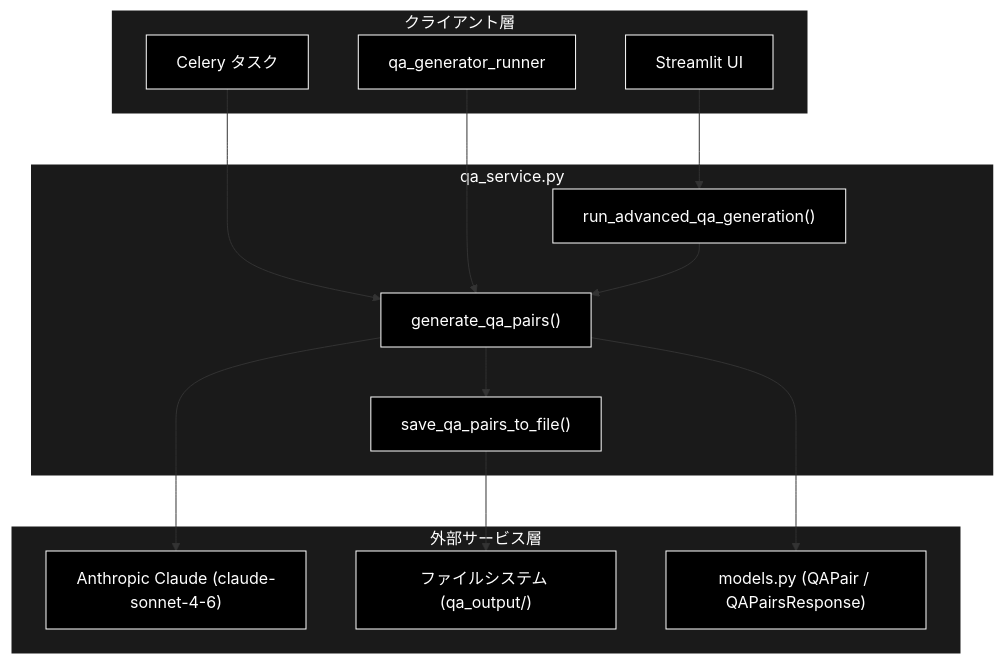
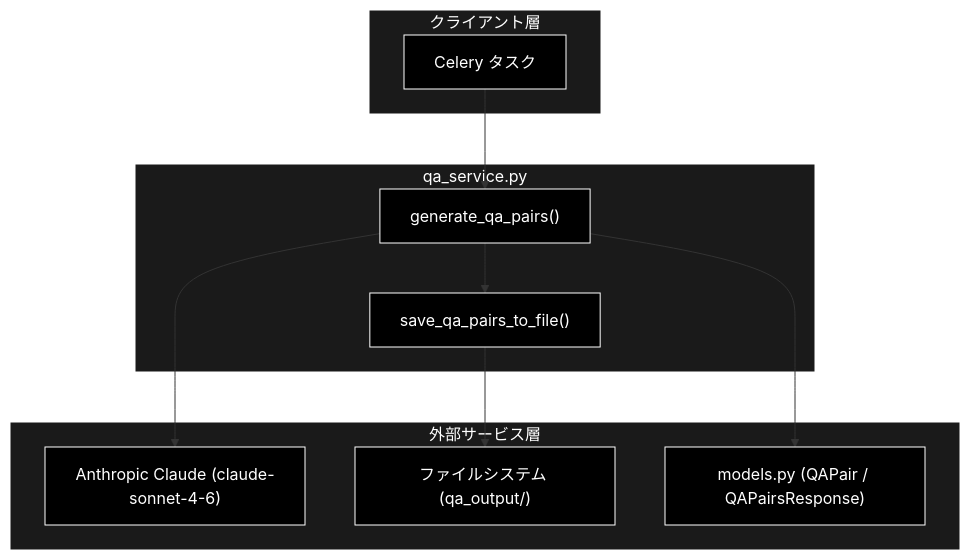
One commit to nakashima2toshio/grace_v2 changed the first of 3 diagrams in services/docs/qa_service.md. Above: the diagram before and after it, drawn with Mermaid. The commit also changed other lines of this file and 12 other files, not shown here.

````diff
--- a/services/docs/qa_service.md
+++ b/services/docs/qa_service.md
@@ -60,35 +64,29 @@
 ```mermaid
 flowchart TB
     subgraph CLIENT["クライアント層"]
-        UI["Streamlit UI"]
-        RUNNER["qa_generator_runner"]
         CELERY["Celery タスク"]
     end
 
     subgraph MODULE["qa_service.py"]
-        RUN["run_advanced_qa_generation()"]
         GEN["generate_qa_pairs()"]
         SAVE["save_qa_pairs_to_file()"]
     end
 
     subgraph EXTERNAL["外部サービス層"]
         CLAUDE["Anthropic Claude (claude-sonnet-4-6)"]
         FS["ファイルシステム (qa_output/)"]
         MODELS["models.py (QAPair / QAPairsResponse)"]
     end
 
-    UI --> RUN
     CELERY --> GEN
-    RUNNER --> GEN
-    RUN --> GEN
     GEN --> CLAUDE
     GEN --> MODELS
     SAVE --> FS
     GEN --> SAVE
 classDef default fill:#000,stroke:#fff,color:#fff
 classDef subgraphStyle fill:#1a1a1a,stroke:#fff,color:#fff
-class UI,RUNNER,CELERY,RUN,GEN,SAVE,CLAUDE,FS,MODELS default
+class CELERY,GEN,SAVE,CLAUDE,FS,MODELS default
 style CLIENT fill:#1a1a1a,stroke:#fff,color:#fff
 style MODULE fill:#1a1a1a,stroke:#fff,color:#fff
 style EXTERNAL fill:#1a1a1a,stroke:#fff,color:#fff
 ```
````
